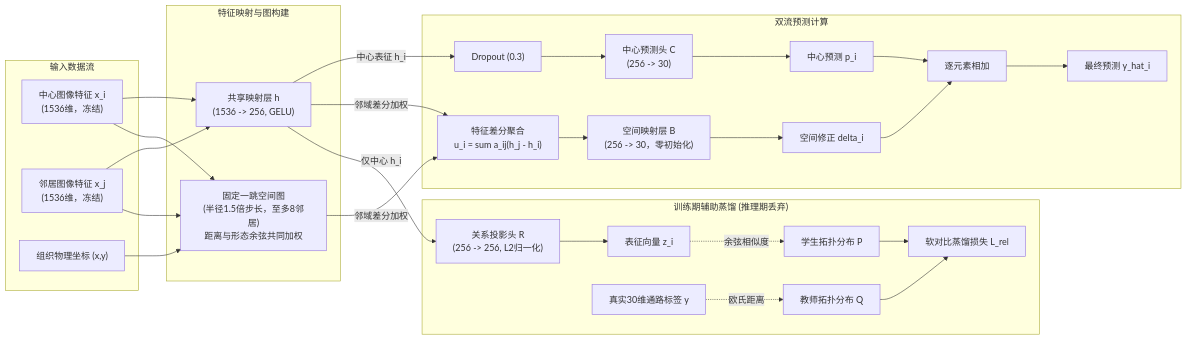
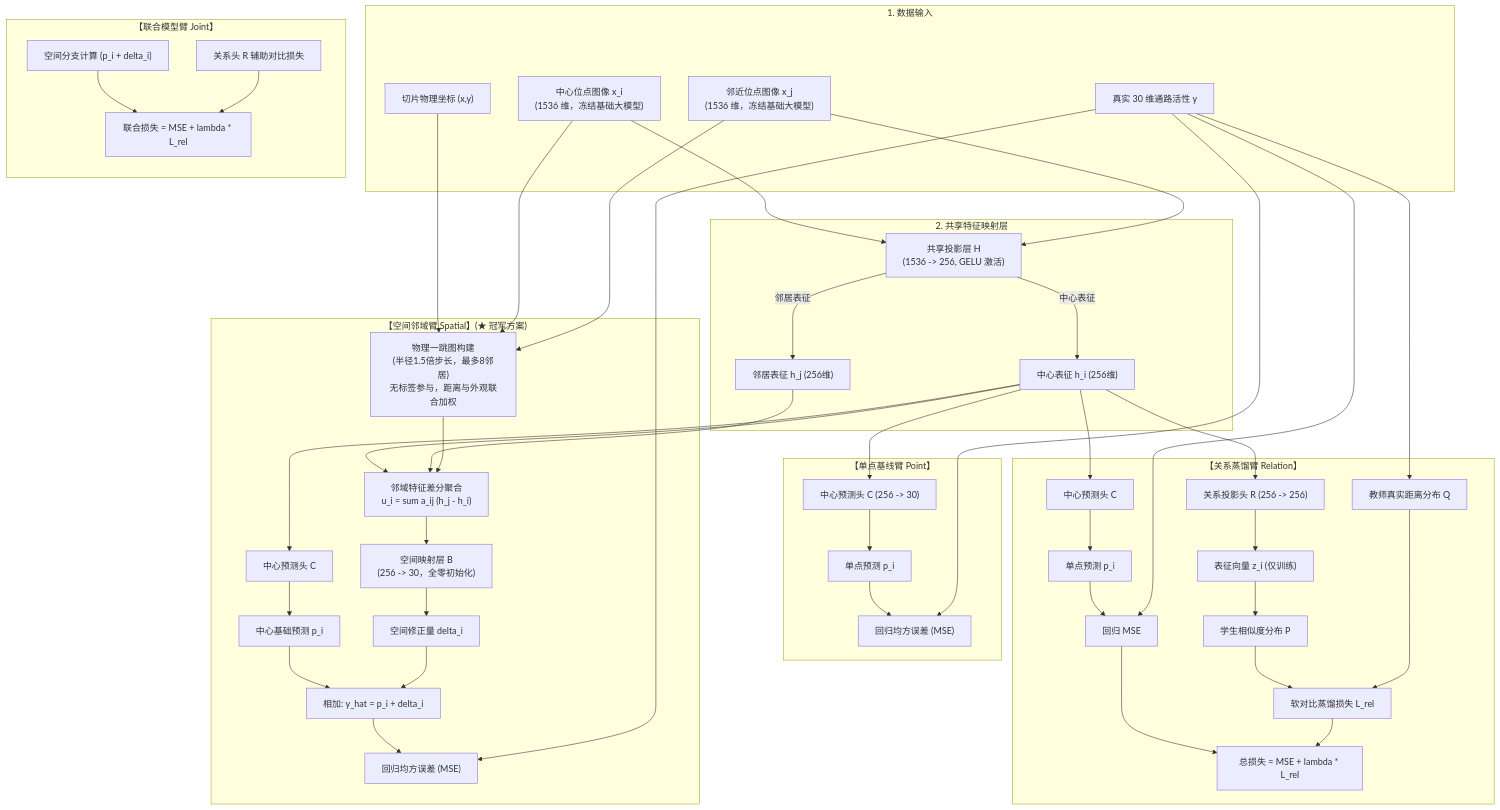
Before and after one commit to qzs610038-star/AI-esophagus-cancer-basedon-HF-HT: the second of 4 diagrams in 团队项目进度与结论/qzs/Phase2软连接方案升级指南.md, drawn with Mermaid. The commit also changed other lines of this file and 3 other files, not shown here.

````diff
--- a/团队项目进度与结论/qzs/Phase2软连接方案升级指南.md
+++ b/团队项目进度与结论/qzs/Phase2软连接方案升级指南.md
@@ -37,28 +112,47 @@
 ```mermaid
-flowchart LR
-    subgraph Input["输入数据流"]
-        xi["中心图像特征 x_i<br/>(1536维，冻结)"]
-        xj["邻居图像特征 x_j<br/>(1536维，冻结)"]
-        coord["组织物理坐标 (x,y)"]
+flowchart TB
+    subgraph DataInput["1. 数据输入"]
+        ImgCenter["中心位点图像 x_i<br/>(1536 维，冻结基础大模型)"]
+        ImgNeighbor["邻近位点图像 x_j<br/>(1536 维，冻结基础大模型)"]
+        Coords["切片物理坐标 (x,y)"]
+        LabelTrue["真实 30 维通路活性 y"]
     end
 
-    subgraph Backbone["特征映射与图构建"]
-        xi --> Wh["共享映射层 h<br/>(1536 -> 256, GELU)"]
-        xj --> Wh
-        coord & xi & xj --> Graph["固定一跳空间图<br/>(半径1.5倍步长，至多8邻居)<br/>距离与形态余弦共同加权"]
+    subgraph FeatureMapping["2. 共享特征映射层"]
+        ImgCenter --> LayerH["共享投影层 H<br/>(1536 -> 256, GELU 激活)"]
+        ImgNeighbor --> LayerH
+        LayerH -- "中心表征" --> h_i["中心表征 h_i (256维)"]
+        LayerH -- "邻居表征" --> h_j["邻居表征 h_j (256维)"]
     end
 
-    subgraph Prediction["双流预测计算"]
-        Wh -- "中心表征 h_i" --> Dropout["Dropout (0.3)"] --> HeadC["中心预测头 C<br/>(256 -> 30)"] --> pi["中心预测 p_i"]
-        Wh & Graph -- "邻域差分加权" --> Diff["特征差分聚合<br/>u_i = sum a_ij(h_j - h_i)"]
-        Diff --> HeadB["空间映射层 B<br/>(256 -> 30，零初始化)"] --> deltai["空间修正 delta_i"]
-        pi & deltai --> Sum["逐元素相加"] --> yhat["最终预测 y_hat_i"]
+    subgraph BranchPoint["【单点基线臂 Point】"]
+        h_i --> HeadC1["中心预测头 C (256 -> 30)"] --> Pred1["单点预测 p_i"]
+        Pred1 & LabelTrue --> LossMSE1["回归均方误差 (MSE)"]
     end
 
-    subgraph Auxiliary["训练期辅助蒸馏 (推理期丢弃)"]
-        Wh -- "仅中心 h_i" --> HeadR["关系投影头 R<br/>(256 -> 256, L2归一化)"] --> zi["表征向量 z_i"]
-        zi -. "余弦相似度" .-> Pdist["学生拓扑分布 P"]
-        Ytrue["真实30维通路标签 y"] -. "欧氏距离" .-> Qdist["教师拓扑分布 Q"]
-        Pdist & Qdist --> LossRel["软对比蒸馏损失 L_rel"]
+    subgraph BranchSpatial["【空间邻域臂 Spatial】(★ 冠军方案)"]
+        Coords & ImgCenter & ImgNeighbor --> Graph["物理一跳图构建<br/>(半径1.5倍步长，最多8邻居)<br/>无标签参与，距离与外观联合加权"]
+        h_i & h_j & Graph --> DiffAgg["邻域特征差分聚合<br/>u_i = sum a_ij (h_j - h_i)"]
+        DiffAgg --> HeadB["空间映射层 B<br/>(256 -> 30，全零初始化)"] --> Delta["空间修正量 delta_i"]
+        h_i --> HeadC2["中心预测头 C"] --> PredCenter["中心基础预测 p_i"]
+        PredCenter & Delta --> OutSpatial["相加: y_hat = p_i + delta_i"]
+        OutSpatial & LabelTrue --> LossMSE2["回归均方误差 (MSE)"]
+    end
+
+    subgraph BranchRelation["【关系蒸馏臂 Relation】"]
+        h_i --> HeadC3["中心预测头 C"] --> Pred3["单点预测 p_i"]
+        Pred3 & LabelTrue --> LossMSE3["回归 MSE"]
+        h_i --> HeadR["关系投影头 R (256 -> 256)"] --> z_i["表征向量 z_i (仅训练)"]
+        z_i --> P_dist["学生相似度分布 P"]
+        LabelTrue --> Q_dist["教师真实距离分布 Q"]
+        P_dist & Q_dist --> LossRel["软对比蒸馏损失 L_rel"]
+        LossMSE3 & LossRel --> LossTot3["总损失 = MSE + lambda * L_rel"]
+    end
+
+    subgraph BranchJoint["【联合模型臂 Joint】"]
+        direction TB
+        J_spatial["空间分支计算 (p_i + delta_i)"]
+        J_rel["关系头 R 辅助对比损失"]
+        J_spatial & J_rel --> LossJoint["联合损失 = MSE + lambda * L_rel"]
     end
 ```
````
